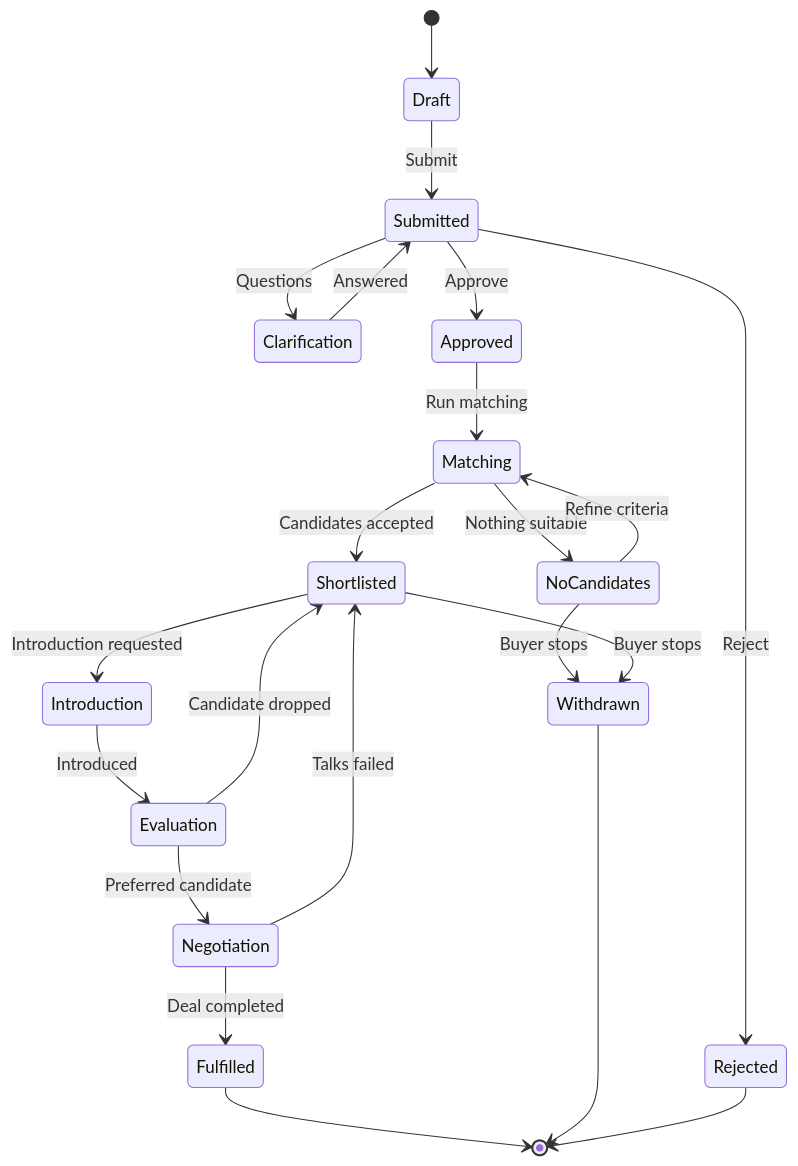
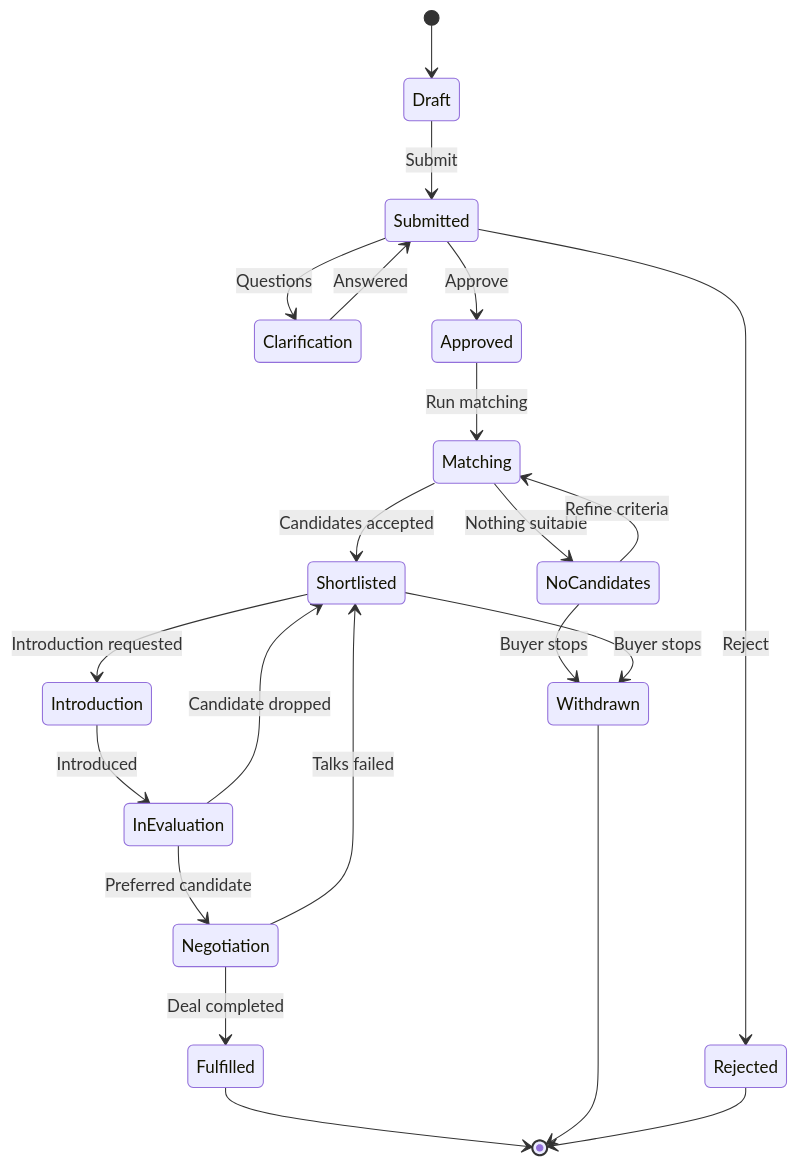
One commit to greensoft-atom/tex-platform changed the fifth of 13 diagrams in 06-implementation-design-v1.md. Above: the diagram before and after it, drawn with Mermaid. The commit also changed other lines of this file and 615 other files, not shown here.

````diff
--- a/06-implementation-design-v1.md
+++ b/06-implementation-design-v1.md
@@ -1087,24 +1191,24 @@
 ```mermaid
 stateDiagram-v2
     [*] --> Draft
     Draft --> Submitted : Submit
     Submitted --> Clarification : Questions
     Clarification --> Submitted : Answered
     Submitted --> Approved : Approve
     Submitted --> Rejected : Reject
     Approved --> Matching : Run matching
     Matching --> Shortlisted : Candidates accepted
     Matching --> NoCandidates : Nothing suitable
     NoCandidates --> Matching : Refine criteria
     NoCandidates --> Withdrawn : Buyer stops
     Shortlisted --> Introduction : Introduction requested
-    Introduction --> Evaluation : Introduced
-    Evaluation --> Negotiation : Preferred candidate
-    Evaluation --> Shortlisted : Candidate dropped
+    Introduction --> InEvaluation : Introduced
+    InEvaluation --> Negotiation : Preferred candidate
+    InEvaluation --> Shortlisted : Candidate dropped
     Negotiation --> Fulfilled : Deal completed
     Negotiation --> Shortlisted : Talks failed
     Shortlisted --> Withdrawn : Buyer stops
     Fulfilled --> [*]
     Withdrawn --> [*]
     Rejected --> [*]
 ```
````
